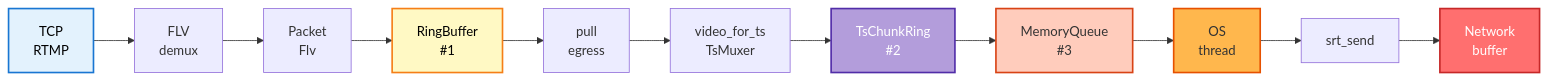
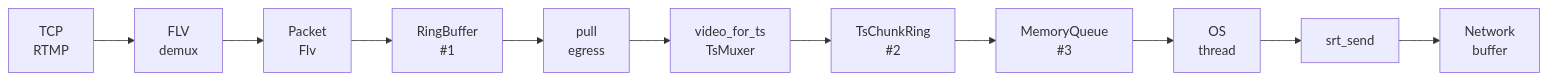
One commit to krsna1729/restream changed the sixth of 24 diagrams in docs/run-to-completion-analysis.md. Above: the diagram before and after it, drawn with Mermaid. The commit also changed other lines of this file and 6 other files, not shown here.

First line of the commit message:
docs: retire duplicate SVG and styled diagram variants

````diff
--- a/docs/run-to-completion-analysis.md
+++ b/docs/run-to-completion-analysis.md
@@ -269,13 +221,6 @@
 ```mermaid
-graph LR
+flowchart LR
     A["TCP<br/>RTMP"] --> B["FLV<br/>demux"] --> C["Packet<br/>Flv"] --> D["RingBuffer<br/>#1"]
     D --> E["pull<br/>egress"] --> F["video_for_ts<br/>TsMuxer"] --> G["TsChunkRing<br/>#2"]
     G --> H["MemoryQueue<br/>#3"] --> I["OS<br/>thread"] --> J["srt_send"] --> K["Network<br/>buffer"]
-    
-    style A fill:#e3f2fd,stroke:#1976d2,stroke-width:2px,color:#000
-    style D fill:#fff9c4,stroke:#f57f17,stroke-width:2px,color:#000
-    style G fill:#b39ddb,stroke:#512da8,stroke-width:2px,color:#fff
-    style H fill:#ffccbc,stroke:#d84315,stroke-width:2px,color:#333
-    style I fill:#ffb74d,stroke:#e65100,stroke-width:2px,color:#333
-    style K fill:#ff6f6f,stroke:#c62828,stroke-width:2px,color:#fff
 ```
````
